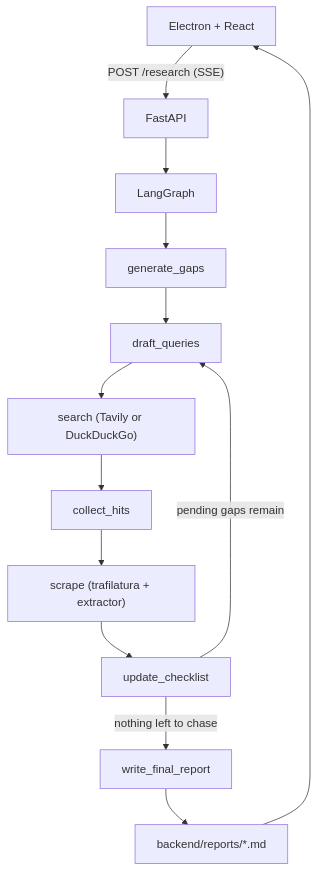
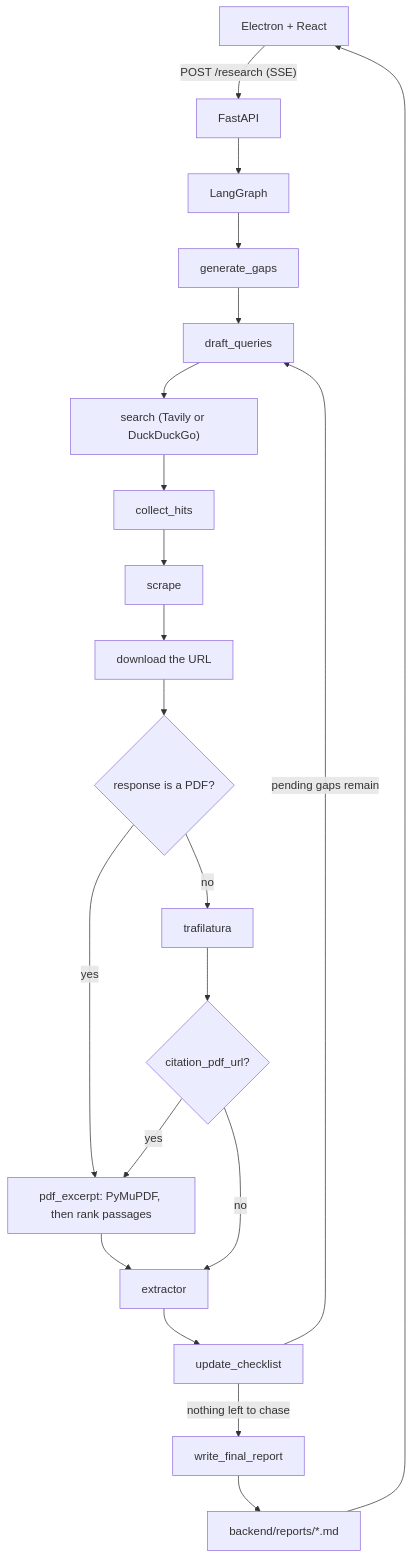
One commit to anonthedev/athel changed the diagram in README.md. Above: the diagram before and after it, drawn with Mermaid. The commit also changed other lines of this file, not shown here.

````diff
--- a/README.md
+++ b/README.md
@@ -47,15 +47,23 @@
 ```mermaid
 flowchart TD
   UI["Electron + React"] -->|"POST /research (SSE)"| API["FastAPI"]
   API --> Graph["LangGraph"]
   Graph --> Gaps["generate_gaps"]
   Gaps --> Draft["draft_queries"]
   Draft --> Search["search (Tavily or DuckDuckGo)"]
   Search --> Hits["collect_hits"]
-  Hits --> Scrape["scrape (trafilatura + extractor)"]
-  Scrape --> Check["update_checklist"]
+  Hits --> Scrape["scrape"]
+  Scrape --> Fetch["download the URL"]
+  Fetch --> Kind{"response is a PDF?"}
+  Kind -->|yes| Pdf["pdf_excerpt: PyMuPDF, then rank passages"]
+  Kind -->|no| Html["trafilatura"]
+  Html --> Cite{"citation_pdf_url?"}
+  Cite -->|yes| Pdf
+  Cite -->|no| Extract["extractor"]
+  Pdf --> Extract
+  Extract --> Check["update_checklist"]
   Check -->|"pending gaps remain"| Draft
   Check -->|"nothing left to chase"| Write["write_final_report"]
   Write --> Disk["backend/reports/*.md"]
   Disk --> UI
 ```
````
